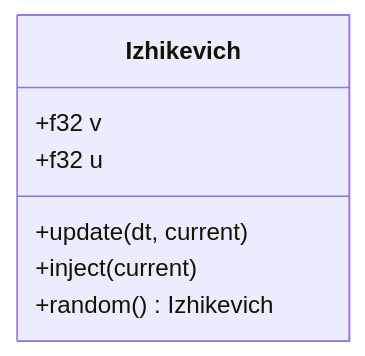
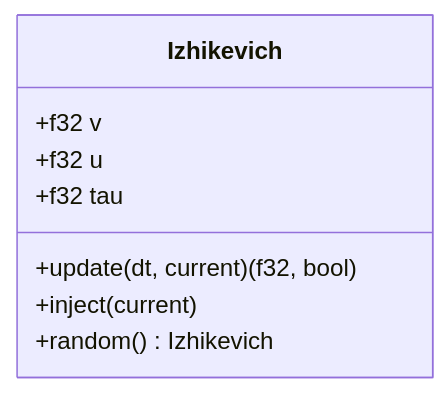
Before and after one commit to madmax983/skunkworks: diagram 11 of 28 in docs/architecture.md, drawn with Mermaid. The commit also changed 18 other files, not shown here.

````diff
--- a/docs/architecture.md
+++ b/docs/architecture.md
@@ -294,10 +294,11 @@
 ```mermaid
 classDiagram
     class Izhikevich {
         +f32 v
         +f32 u
-        +update(dt, current)
+        +f32 tau
+        +update(dt, current) (f32, bool)
         +inject(current)
         +random() Izhikevich
     }
 ```
````
